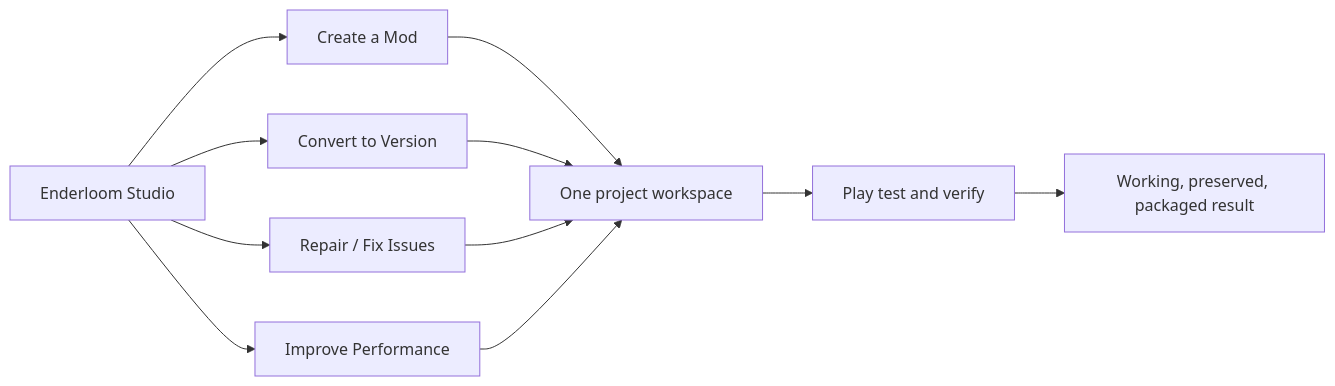
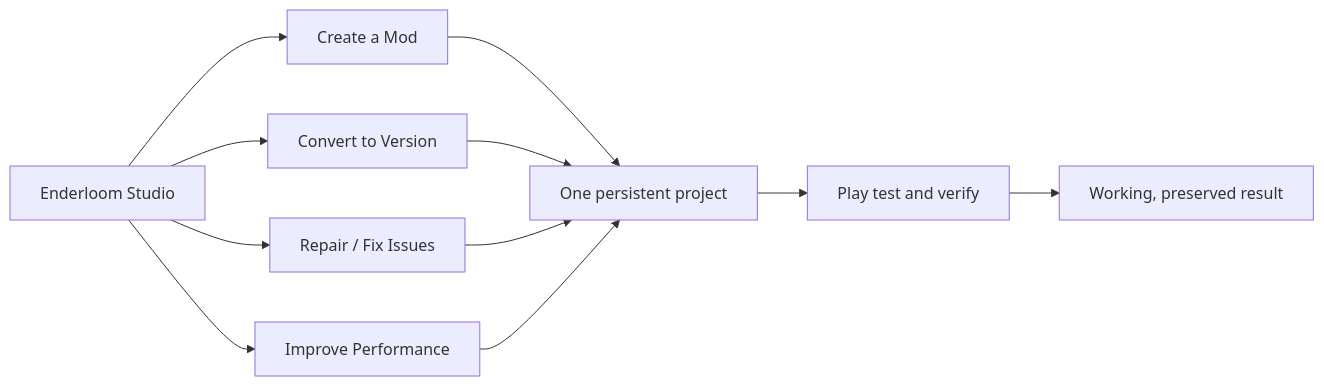
Before and after one commit to Herbertofury/Enderloom: the diagram in docs/knowledge/Home.md, drawn with Mermaid. The commit also changed other lines of this file and 60 other files, not shown here.

Commit message:
docs: generate complete Enderloom Studio knowledge and progress hub

````diff
--- a/docs/knowledge/Home.md
+++ b/docs/knowledge/Home.md
@@ -27,13 +15,13 @@
 ```mermaid
 flowchart LR
-    H["Enderloom Studio"] --> C["Create a Mod"]
-    H --> V["Convert to Version"]
-    H --> R["Repair / Fix Issues"]
-    H --> P["Improve Performance"]
-    C --> W["One project workspace"]
-    V --> W
-    R --> W
-    P --> W
-    W --> T["Play test and verify"]
-    T --> O["Working, preserved, packaged result"]
+    Home["Enderloom Studio"] --> Create["Create a Mod"]
+    Home --> Convert["Convert to Version"]
+    Home --> Repair["Repair / Fix Issues"]
+    Home --> Optimize["Improve Performance"]
+    Create --> Project["One persistent project"]
+    Convert --> Project
+    Repair --> Project
+    Optimize --> Project
+    Project --> Verify["Play test and verify"]
+    Verify --> Deliver["Working, preserved result"]
 ```
````
